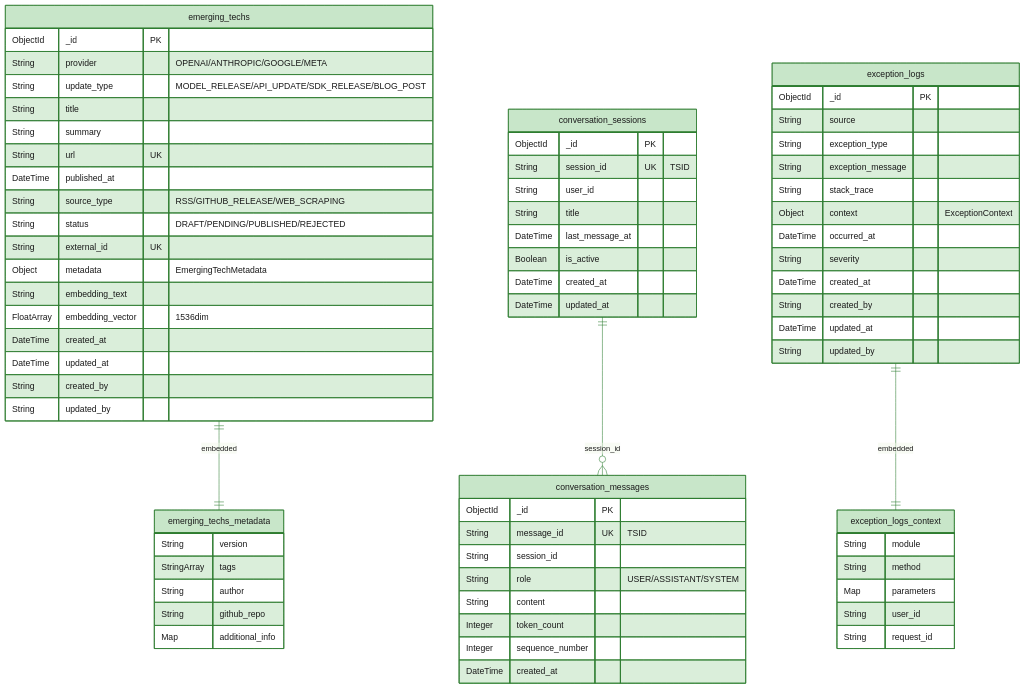
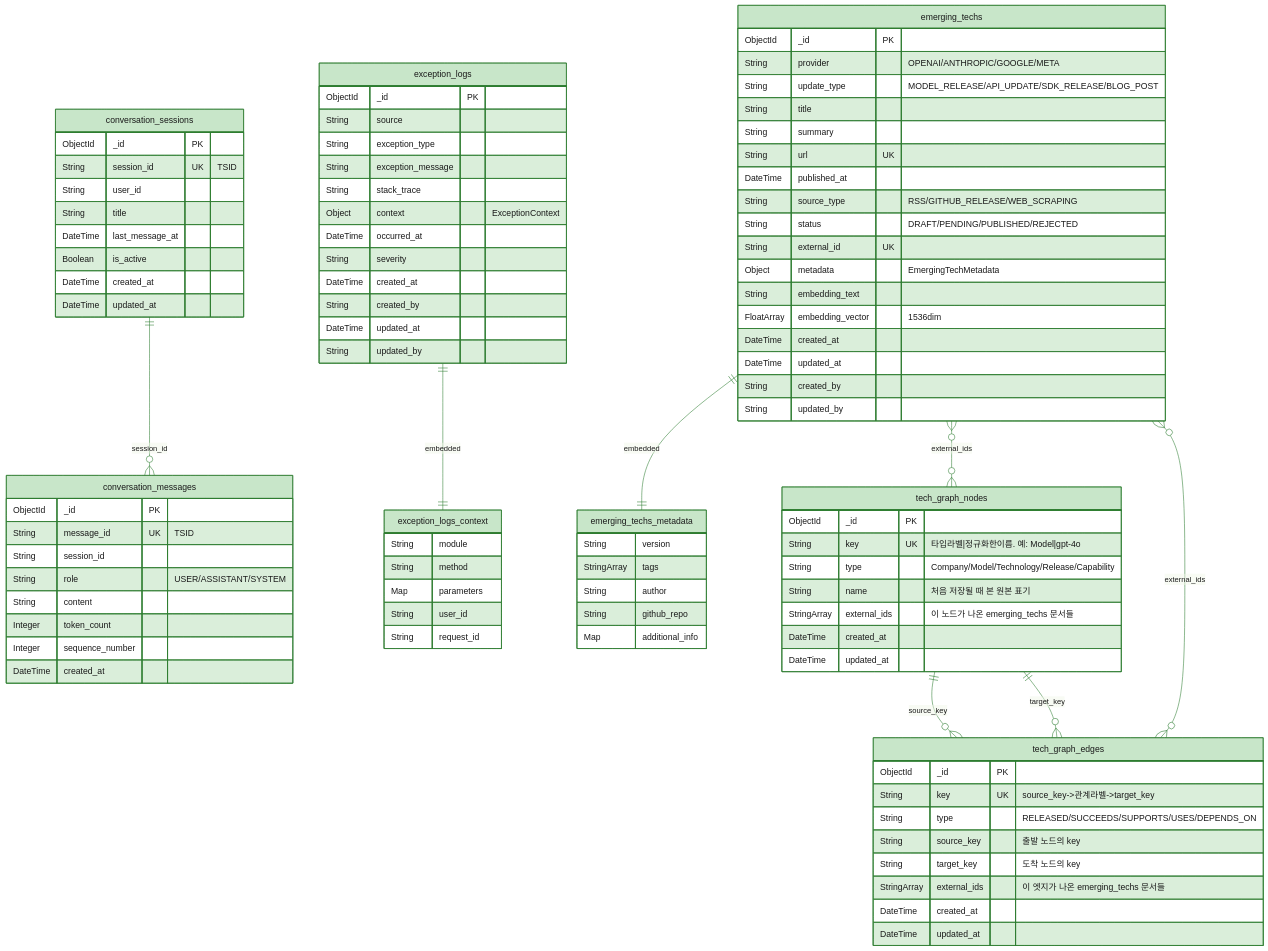
The diagram in contents/diagrams/mongodb-erd-diagram.mmd (thswlsqls/tech-n-ai-backend), drawn with Mermaid before and after one commit. The commit also changed 6 other files, not shown here.

First line of the commit message:
docs : [main] 지식 그래프를 ERD와 아키텍처 다이어그램에 반영

```diff
--- a/contents/diagrams/mongodb-erd-diagram.mmd
+++ b/contents/diagrams/mongodb-erd-diagram.mmd
@@ -1,78 +1,103 @@
 %%{init: {'theme': 'base', 'themeVariables': {'primaryColor': '#C8E6C9', 'primaryTextColor': '#1a1a1a', 'primaryBorderColor': '#2E7D32', 'lineColor': '#2E7D32', 'secondaryColor': '#E8F5E9', 'tertiaryColor': '#F1F8E9'}}}%%
 erDiagram
     emerging_techs {
         ObjectId _id PK
         String provider "OPENAI/ANTHROPIC/GOOGLE/META"
         String update_type "MODEL_RELEASE/API_UPDATE/SDK_RELEASE/BLOG_POST"
         String title
         String summary
         String url UK
         DateTime published_at
         String source_type "RSS/GITHUB_RELEASE/WEB_SCRAPING"
         String status "DRAFT/PENDING/PUBLISHED/REJECTED"
         String external_id UK
         Object metadata "EmergingTechMetadata"
         String embedding_text
         FloatArray embedding_vector "1536dim"
         DateTime created_at
         DateTime updated_at
         String created_by
         String updated_by
     }
 
     emerging_techs_metadata {
         String version
         StringArray tags
         String author
         String github_repo
         Map additional_info
     }
 
     conversation_sessions {
         ObjectId _id PK
         String session_id UK "TSID"
         String user_id
         String title
         DateTime last_message_at
         Boolean is_active
         DateTime created_at
         DateTime updated_at
     }
 
     conversation_messages {
         ObjectId _id PK
         String message_id UK "TSID"
         String session_id
         String role "USER/ASSISTANT/SYSTEM"
         String content
         Integer token_count
         Integer sequence_number
         DateTime created_at
     }
 
     exception_logs {
         ObjectId _id PK
         String source
         String exception_type
         String exception_message
         String stack_trace
         Object context "ExceptionContext"
         DateTime occurred_at
         String severity
         DateTime created_at
         String created_by
         DateTime updated_at
         String updated_by
     }
 
     exception_logs_context {
         String module
         String method
         Map parameters
         String user_id
         String request_id
     }
 
+    tech_graph_nodes {
+        ObjectId _id PK
+        String key UK "타입라벨|정규화한이름. 예: Model|gpt-4o"
+        String type "Company/Model/Technology/Release/Capability"
+        String name "처음 저장될 때 본 원본 표기"
+        StringArray external_ids "이 노드가 나온 emerging_techs 문서들"
+        DateTime created_at
+        DateTime updated_at
+    }
+
+    tech_graph_edges {
+        ObjectId _id PK
+        String key UK "source_key->관계라벨->target_key"
+        String type "RELEASED/SUCCEEDS/SUPPORTS/USES/DEPENDS_ON"
+        String source_key "출발 노드의 key"
+        String target_key "도착 노드의 key"
+        StringArray external_ids "이 엣지가 나온 emerging_techs 문서들"
+        DateTime created_at
+        DateTime updated_at
+    }
+
     emerging_techs ||--|| emerging_techs_metadata : "embedded"
     exception_logs ||--|| exception_logs_context : "embedded"
     conversation_sessions ||--o{ conversation_messages : "session_id"
+    emerging_techs }o--o{ tech_graph_nodes : "external_ids"
+    emerging_techs }o--o{ tech_graph_edges : "external_ids"
+    tech_graph_nodes ||--o{ tech_graph_edges : "source_key"
+    tech_graph_nodes ||--o{ tech_graph_edges : "target_key"
```
